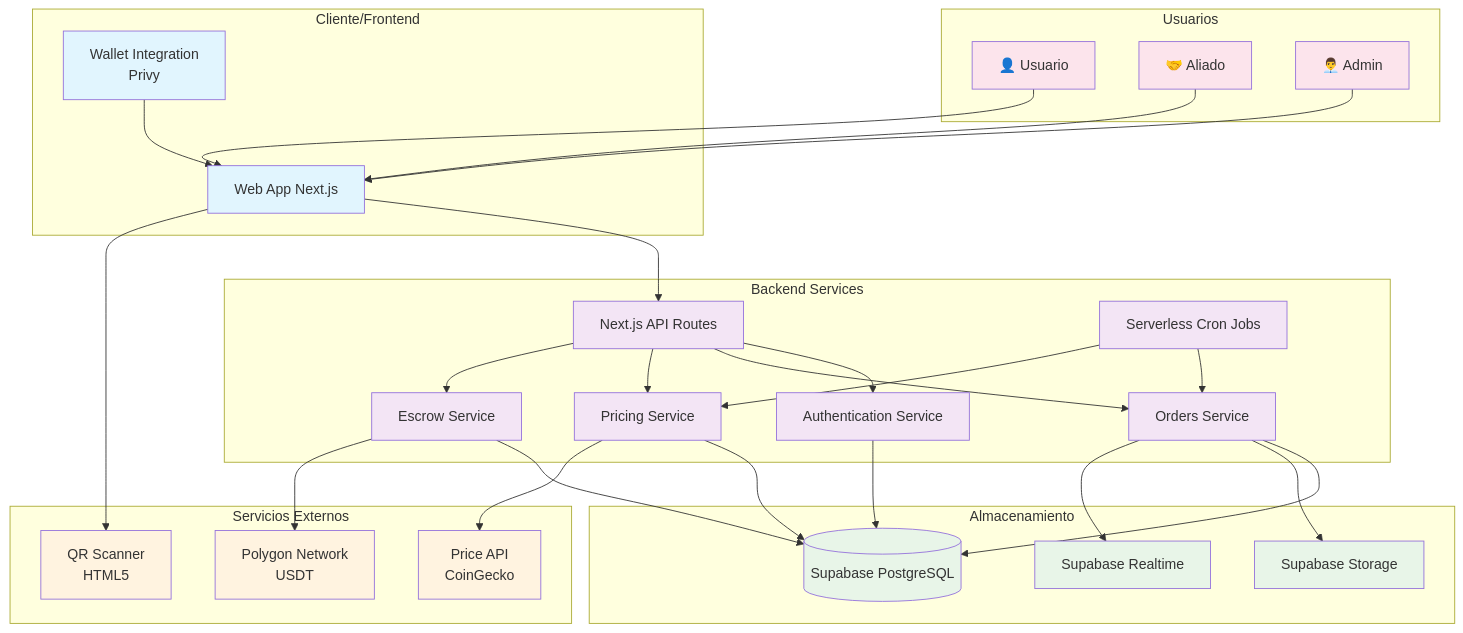
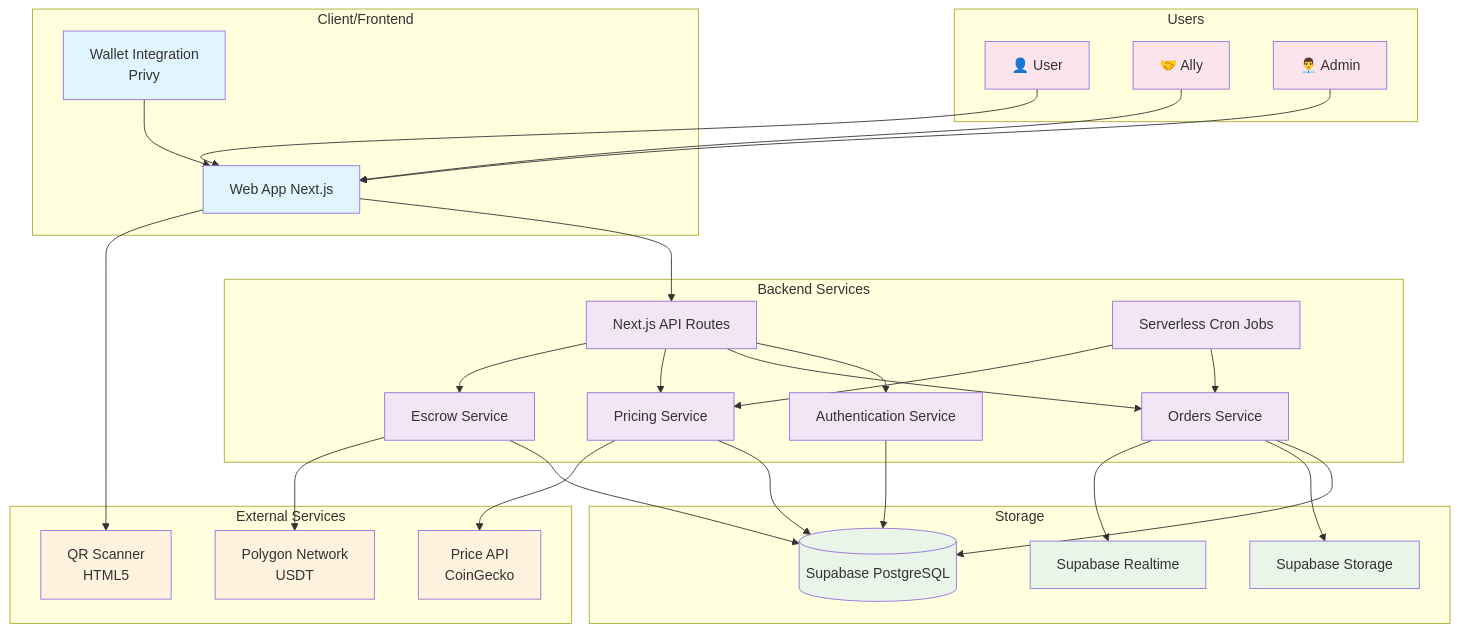
Before and after one commit to kibo-project/Kibo-Wiki: the first of 6 diagrams in 01-arquitectura-sistema.md, drawn with Mermaid. The commit also changed other lines of this file, not shown here.

````diff
--- a/01-arquitectura-sistema.md
+++ b/01-arquitectura-sistema.md
@@ -5,75 +5,75 @@
 ```mermaid
 graph TB
-    subgraph "Cliente/Frontend"
+    subgraph "Client/Frontend"
         WEB[Web App Next.js]
         WALLET[Wallet Integration<br/>Privy]
     end
 
     subgraph "Backend Services"
         API[Next.js API Routes]
         AUTH[Authentication Service]
         ORDER[Orders Service]
         PRICING[Pricing Service]
         ESCROW[Escrow Service]
         CRON[Serverless Cron Jobs]
     end
 
-    subgraph "Almacenamiento"
+    subgraph "Storage"
         DB[(Supabase PostgreSQL)]
         STORAGE[Supabase Storage]
         REALTIME[Supabase Realtime]
     end
 
-    subgraph "Servicios Externos"
+    subgraph "External Services"
         PRICE_API[Price API<br/>CoinGecko]
         QR_SCAN[QR Scanner<br/>HTML5]
         BLOCKCHAIN[Polygon Network<br/>USDT]
     end
 
-    subgraph "Usuarios"
-        USER[👤 Usuario]
-        ALLY[🤝 Aliado]
+    subgraph "Users"
+        USER[👤 User]
+        ALLY[🤝 Ally]
         ADMIN[👨‍💼 Admin]
     end
 
-    %% Conexiones principales
+    %% Main Connections
     USER --> WEB
     ALLY --> WEB
     ADMIN --> WEB
     
     WEB --> API
     WALLET --> WEB
     
     API --> AUTH
     API --> ORDER
     API --> PRICING
     API --> ESCROW
     
     CRON --> ORDER
     CRON --> PRICING
     
     ORDER --> DB
     PRICING --> DB
     ESCROW --> DB
     AUTH --> DB
     
     ORDER --> STORAGE
     ORDER --> REALTIME
     
     PRICING --> PRICE_API
     WEB --> QR_SCAN
     ESCROW --> BLOCKCHAIN
     
-    %% Estilos
+    %% Styles
     classDef frontend fill:#e1f5fe
     classDef backend fill:#f3e5f5
     classDef storage fill:#e8f5e8
     classDef external fill:#fff3e0
     classDef users fill:#fce4ec
     
     class WEB,WALLET frontend
     class API,AUTH,ORDER,PRICING,ESCROW,CRON backend
     class DB,STORAGE,REALTIME storage
     class PRICE_API,QR_SCAN,BLOCKCHAIN external
     class USER,ALLY,ADMIN users
 ```
````
